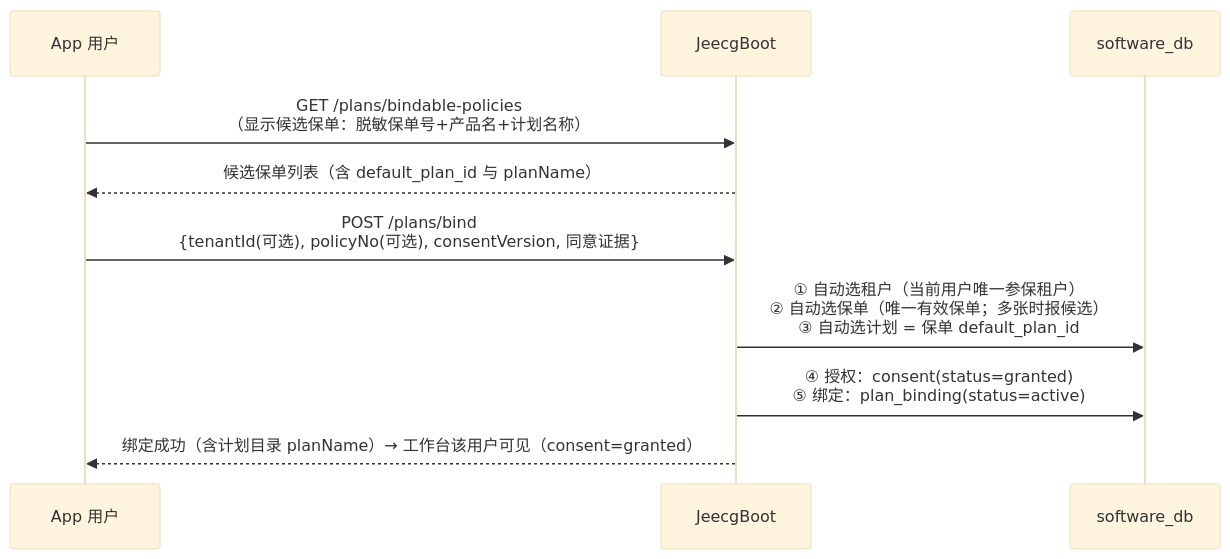
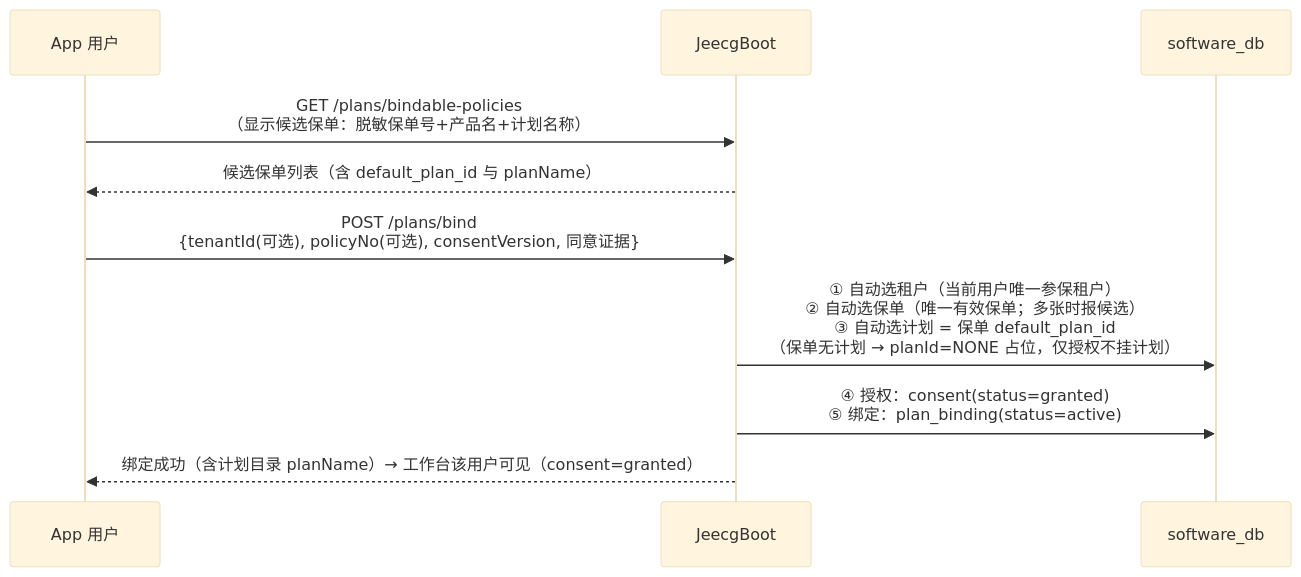
The fourth of 5 diagrams in docs/保险侧保单数据设计.md (wjmlong/rehealth_tongbu), drawn with Mermaid (base theme) before and after one commit. The commit also changed other lines of this file and 5 other files, not shown here.

````diff
--- a/docs/保险侧保单数据设计.md
+++ b/docs/保险侧保单数据设计.md
@@ -126,12 +126,12 @@
 ```mermaid
 sequenceDiagram
     participant APP as App 用户
     participant JEE as JeecgBoot
     participant DB as software_db
     APP->>JEE: GET /plans/bindable-policies<br>（显示候选保单：脱敏保单号+产品名+计划名称）
     JEE-->>APP: 候选保单列表（含 default_plan_id 与 planName）
     APP->>JEE: POST /plans/bind<br>{tenantId(可选), policyNo(可选), consentVersion, 同意证据}
-    JEE->>DB: ① 自动选租户（当前用户唯一参保租户）<br>② 自动选保单（唯一有效保单；多张时报候选）<br>③ 自动选计划 = 保单 default_plan_id
+    JEE->>DB: ① 自动选租户（当前用户唯一参保租户）<br>② 自动选保单（唯一有效保单；多张时报候选）<br>③ 自动选计划 = 保单 default_plan_id<br>（保单无计划 → planId=NONE 占位，仅授权不挂计划）
     JEE->>DB: ④ 授权：consent(status=granted)<br>⑤ 绑定：plan_binding(status=active)
     JEE-->>APP: 绑定成功（含计划目录 planName）→ 工作台该用户可见（consent=granted）
 ```
````
